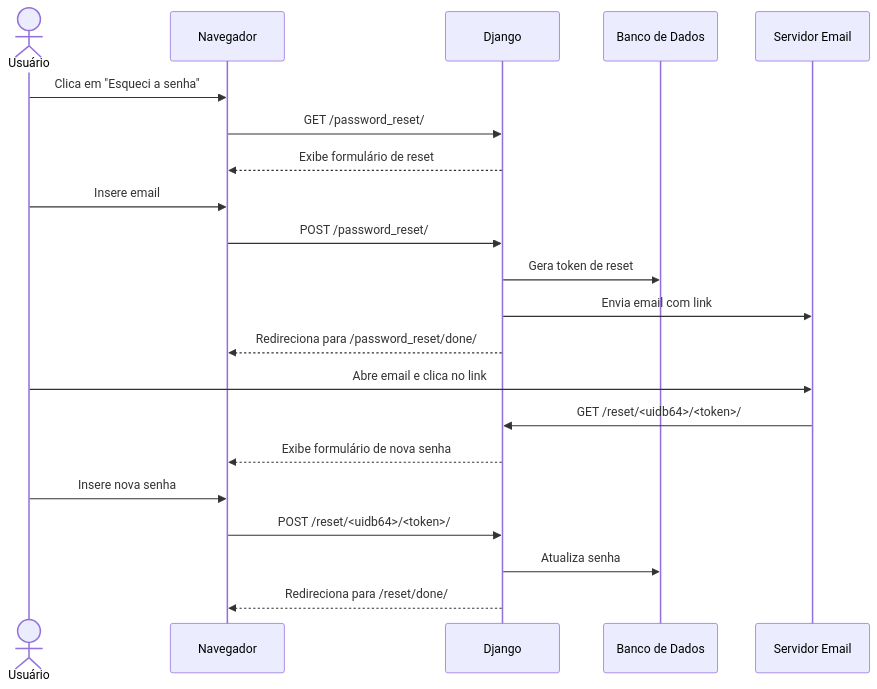
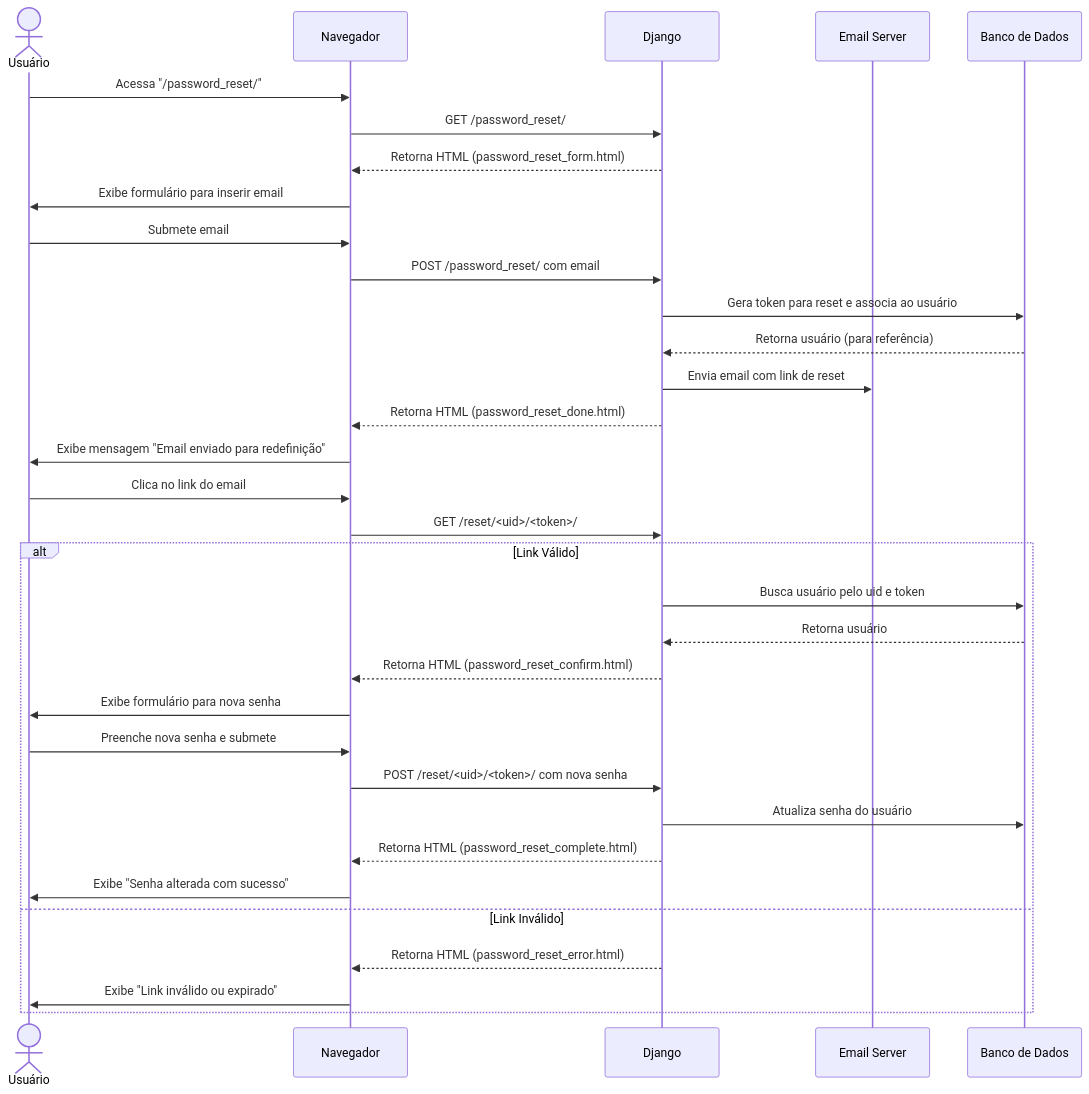
Before and after one commit to diegogrosmann/EnsinaNet.AI: the fourth of 26 diagrams in README.md, drawn with Mermaid. The commit also changed other lines of this file and 117 other files, not shown here.

Commit message:
Adiciona novo aplicativo 'client_version' com modelos, URLs e configurações; remove arquivos de teste e atualiza configurações do projeto.

````diff
--- a/README.md
+++ b/README.md
@@ -548,24 +602,36 @@
 ```mermaid
 sequenceDiagram
     actor U as Usuário
     participant N as Navegador
     participant D as Django
+    participant E as Email Server
     participant DB as Banco de Dados
-    participant E as Servidor Email
 
-    U->>N: Clica em "Esqueci a senha"
+    U->>N: Acessa "/password_reset/"
     N->>D: GET /password_reset/
-    D-->>N: Exibe formulário de reset
-    U->>N: Insere email
-    N->>D: POST /password_reset/
-    D->>DB: Gera token de reset
-    D->>E: Envia email com link
-    D-->>N: Redireciona para /password_reset/done/
-    U->>E: Abre email e clica no link
-    E->>D: GET /reset/<uidb64>/<token>/
-    D-->>N: Exibe formulário de nova senha
-    U->>N: Insere nova senha
-    N->>D: POST /reset/<uidb64>/<token>/
-    D->>DB: Atualiza senha
-    D-->>N: Redireciona para /reset/done/
+    D-->>N: Retorna HTML (password_reset_form.html)
+    N->>U: Exibe formulário para inserir email
+    U->>N: Submete email
+    N->>D: POST /password_reset/ com email
+    D->>DB: Gera token para reset e associa ao usuário
+    DB-->>D: Retorna usuário (para referência)
+    D->>E: Envia email com link de reset
+    D-->>N: Retorna HTML (password_reset_done.html)
+    N->>U: Exibe mensagem "Email enviado para redefinição"
+    U->>N: Clica no link do email
+    N->>D: GET /reset/<uid>/<token>/
+    alt Link Válido
+        D->>DB: Busca usuário pelo uid e token
+        DB-->>D: Retorna usuário
+        D-->>N: Retorna HTML (password_reset_confirm.html)
+        N->>U: Exibe formulário para nova senha
+        U->>N: Preenche nova senha e submete
+        N->>D: POST /reset/<uid>/<token>/ com nova senha
+        D->>DB: Atualiza senha do usuário
+        D-->>N: Retorna HTML (password_reset_complete.html)
+        N->>U: Exibe "Senha alterada com sucesso"
+    else Link Inválido
+        D-->>N: Retorna HTML (password_reset_error.html)
+        N->>U: Exibe "Link inválido ou expirado"
+    end
 ```
````
